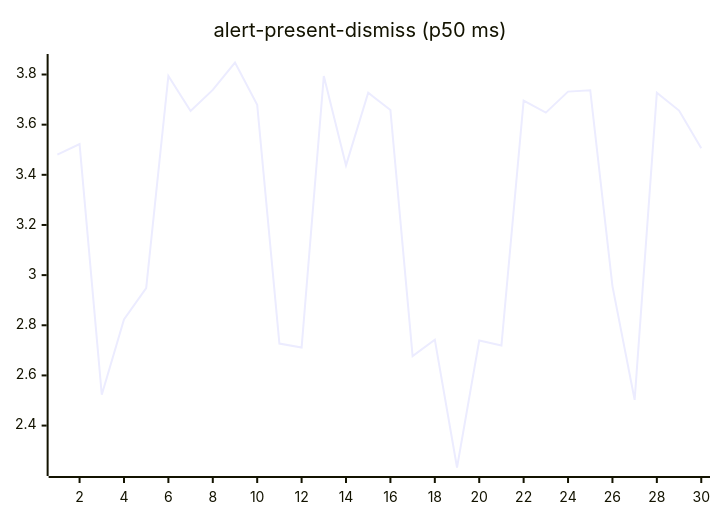
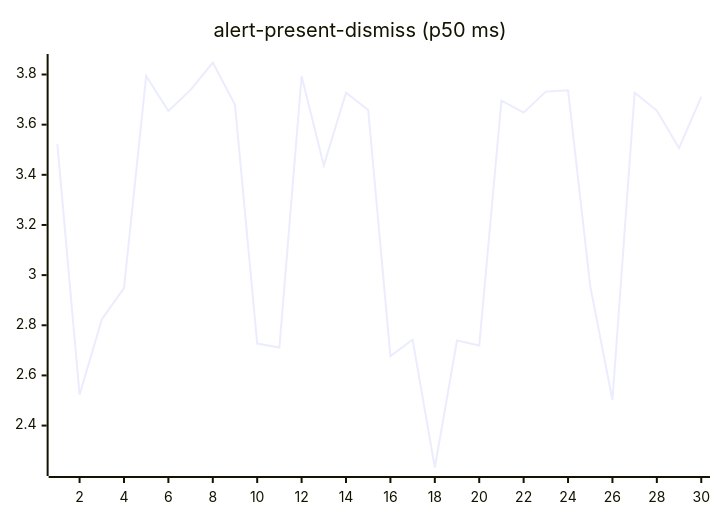
One commit to josha/Facet changed the second of 27 diagrams in README.md. Above: the diagram before and after it, drawn with Mermaid. The commit also changed other lines of this file and 2 other files, not shown here.

````diff
--- a/README.md
+++ b/README.md
@@ -70,6 +70,6 @@
 ```mermaid
 xychart-beta
     title "alert-present-dismiss (p50 ms)"
     x-axis 1 --> 30
-    line [3.4803, 3.5227, 2.5229, 2.8233, 2.9484, 3.7942, 3.6546, 3.7386, 3.8479, 3.6788, 2.7270, 2.7111, 3.7936, 3.4376, 3.7274, 3.6582, 2.6769, 2.7425, 2.2328, 2.7393, 2.7195, 3.6955, 3.6480, 3.7318, 3.7373, 2.9562, 2.5024, 3.7273, 3.6562, 3.5064]
+    line [3.5227, 2.5229, 2.8233, 2.9484, 3.7942, 3.6546, 3.7386, 3.8479, 3.6788, 2.7270, 2.7111, 3.7936, 3.4376, 3.7274, 3.6582, 2.6769, 2.7425, 2.2328, 2.7393, 2.7195, 3.6955, 3.6480, 3.7318, 3.7373, 2.9562, 2.5024, 3.7273, 3.6562, 3.5064, 3.7112]
 ```
````
